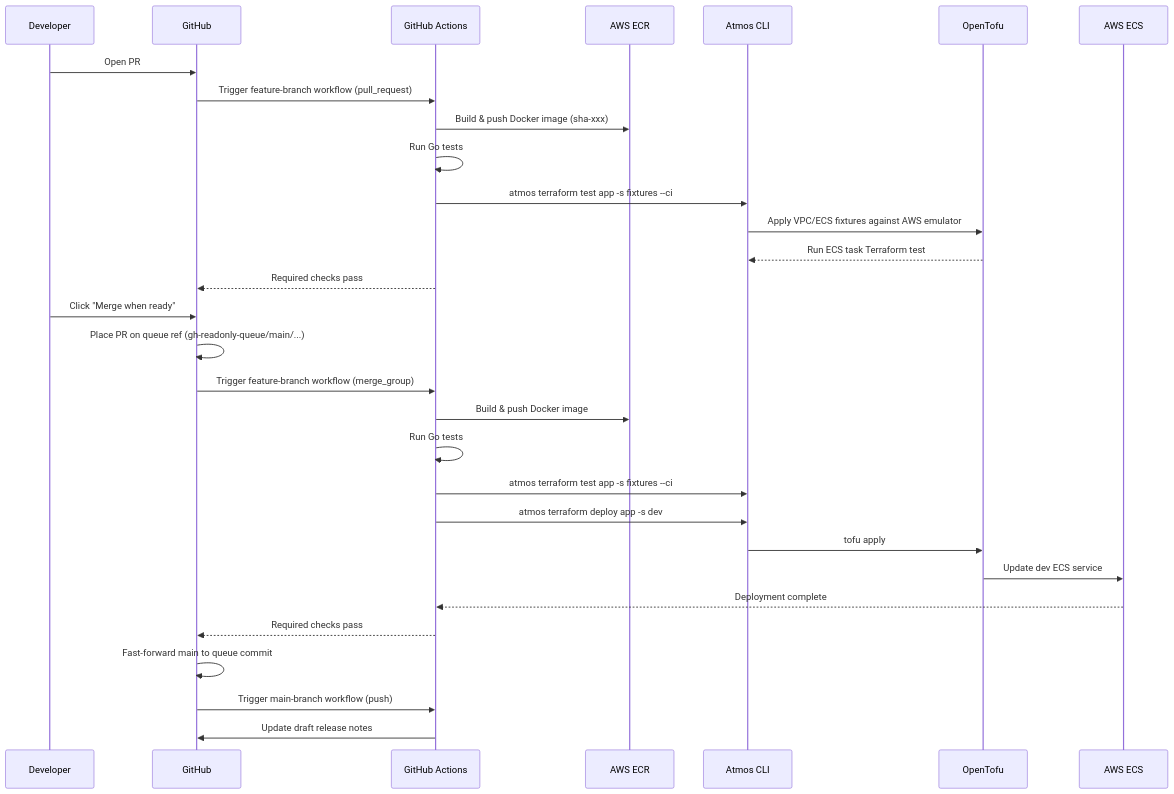
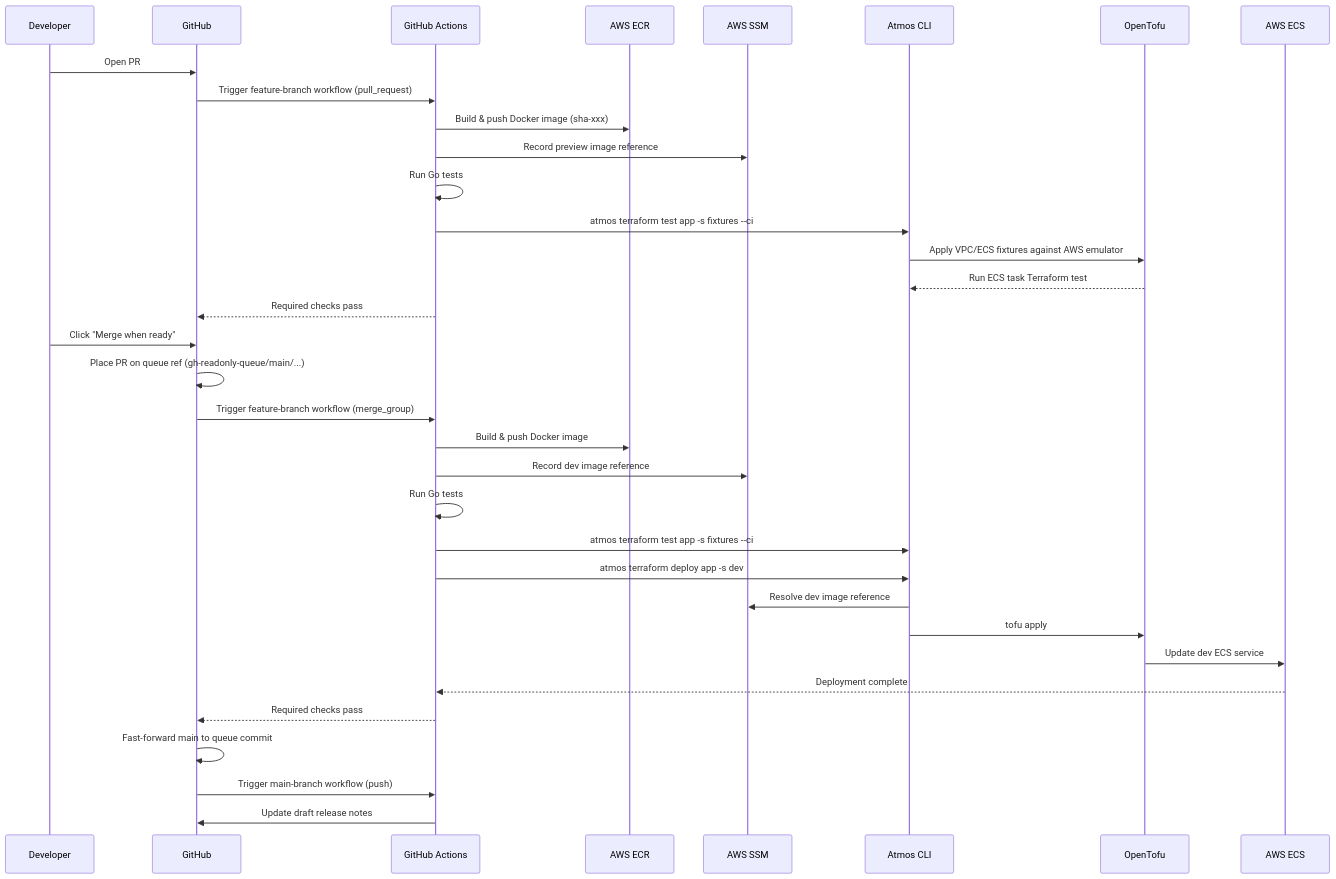
The first of 5 diagrams in .github/workflows/README.md (cloudposse-examples/app-on-ecs-v2), drawn with Mermaid before and after one commit. The commit also changed other lines of this file and 13 other files, not shown here.

````diff
--- a/.github/workflows/README.md
+++ b/.github/workflows/README.md
@@ -42,33 +49,37 @@
 ```mermaid
 sequenceDiagram
     participant Dev as Developer
     participant GH as GitHub
     participant GA as GitHub Actions
     participant ECR as AWS ECR
+    participant SSM as AWS SSM
     participant Atmos as Atmos CLI
     participant TF as OpenTofu
     participant ECS as AWS ECS
 
     Dev->>GH: Open PR
     GH->>GA: Trigger feature-branch workflow (pull_request)
     GA->>ECR: Build & push Docker image (sha-xxx)
+    GA->>SSM: Record preview image reference
     GA->>GA: Run Go tests
     GA->>Atmos: atmos terraform test app -s fixtures --ci
     Atmos->>TF: Apply VPC/ECS fixtures against AWS emulator
     TF-->>Atmos: Run ECS task Terraform test
     GA-->>GH: Required checks pass
     Dev->>GH: Click "Merge when ready"
     GH->>GH: Place PR on queue ref (gh-readonly-queue/main/...)
     GH->>GA: Trigger feature-branch workflow (merge_group)
     GA->>ECR: Build & push Docker image
+    GA->>SSM: Record dev image reference
     GA->>GA: Run Go tests
     GA->>Atmos: atmos terraform test app -s fixtures --ci
     GA->>Atmos: atmos terraform deploy app -s dev
+    Atmos->>SSM: Resolve dev image reference
     Atmos->>TF: tofu apply
     TF->>ECS: Update dev ECS service
     ECS-->>GA: Deployment complete
     GA-->>GH: Required checks pass
     GH->>GH: Fast-forward main to queue commit
     GH->>GA: Trigger main-branch workflow (push)
     GA->>GH: Update draft release notes
 ```
````
